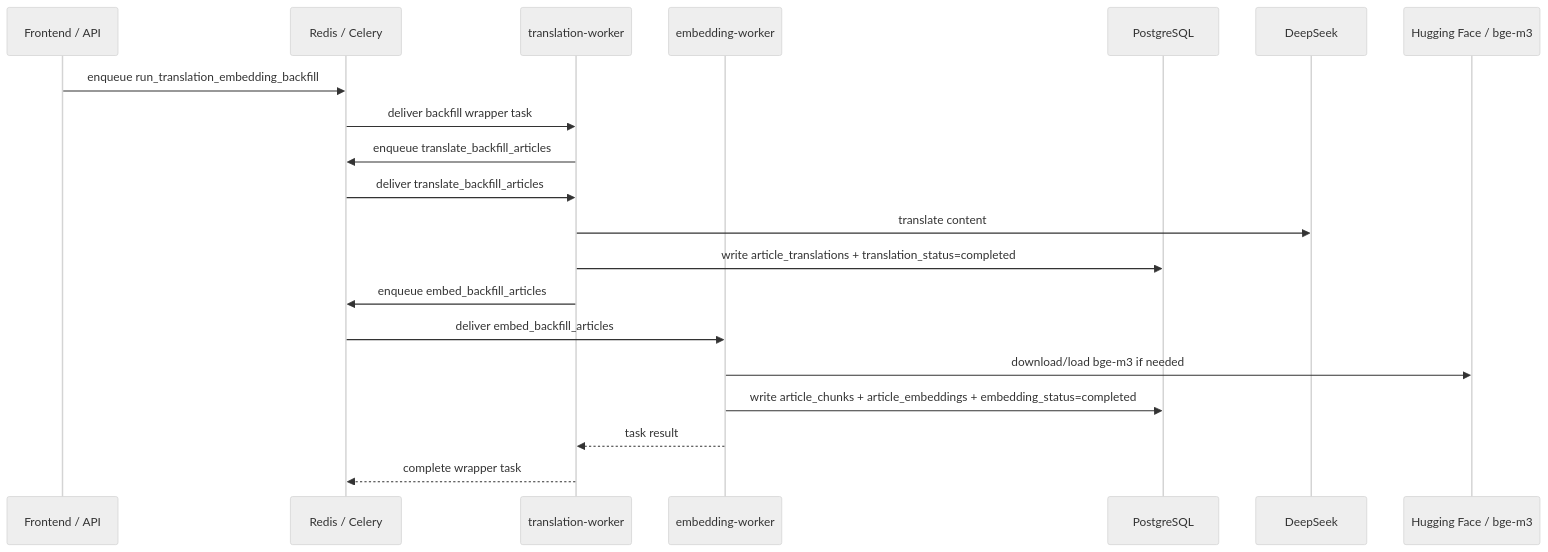
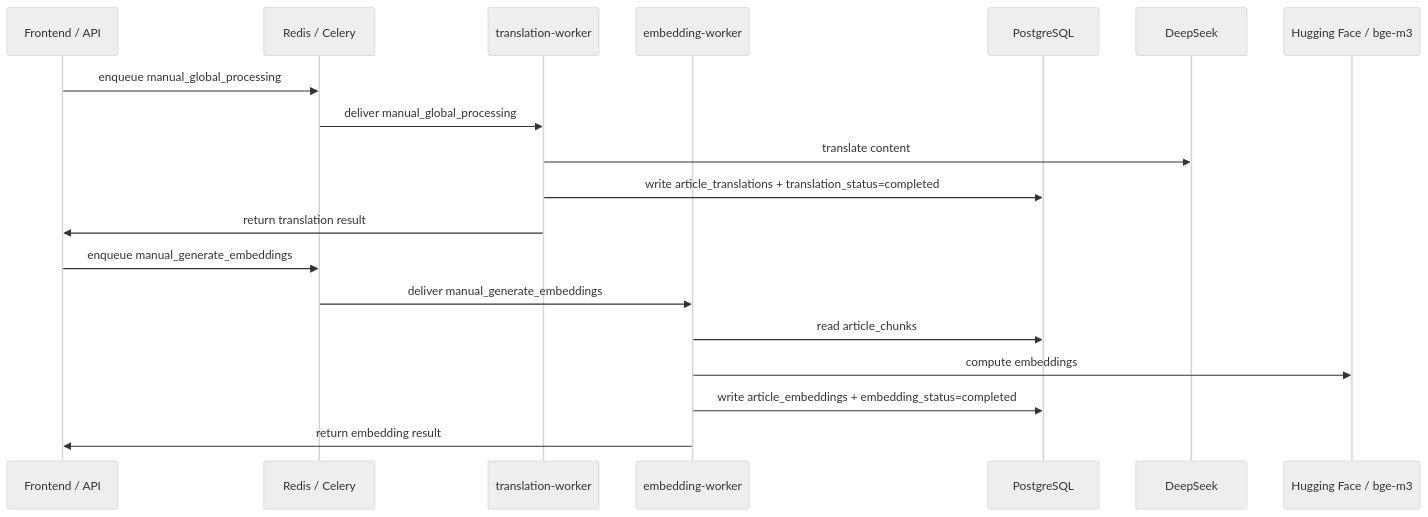
One commit to UNIQUELPF/news_data changed the third of 3 diagrams in PIPELINE_ARCHITECTURE.md. Above: the diagram before and after it, drawn with Mermaid (neutral theme). The commit also changed other lines of this file and 8 other files, not shown here.

````diff
--- a/PIPELINE_ARCHITECTURE.md
+++ b/PIPELINE_ARCHITECTURE.md
@@ -102,26 +114,23 @@
 ```mermaid
 sequenceDiagram
     participant UI as Frontend / API
     participant Redis as Redis / Celery
     participant TW as translation-worker
     participant EW as embedding-worker
     participant PG as PostgreSQL
     participant DS as DeepSeek
     participant HF as Hugging Face / bge-m3
 
-    UI->>Redis: enqueue run_translation_embedding_backfill
-    Redis->>TW: deliver backfill wrapper task
-
-    TW->>Redis: enqueue translate_backfill_articles
-    Redis->>TW: deliver translate_backfill_articles
+    UI->>Redis: enqueue manual_global_processing
+    Redis->>TW: deliver manual_global_processing
     TW->>DS: translate content
     TW->>PG: write article_translations + translation_status=completed
+    TW->>UI: return translation result
 
-    TW->>Redis: enqueue embed_backfill_articles
-    Redis->>EW: deliver embed_backfill_articles
-    EW->>HF: download/load bge-m3 if needed
-    EW->>PG: write article_chunks + article_embeddings + embedding_status=completed
-
-    EW-->>TW: task result
-    TW-->>Redis: complete wrapper task
+    UI->>Redis: enqueue manual_generate_embeddings
+    Redis->>EW: deliver manual_generate_embeddings
+    EW->>PG: read article_chunks
+    EW->>HF: compute embeddings
+    EW->>PG: write article_embeddings + embedding_status=completed
+    EW->>UI: return embedding result
 ```
````
